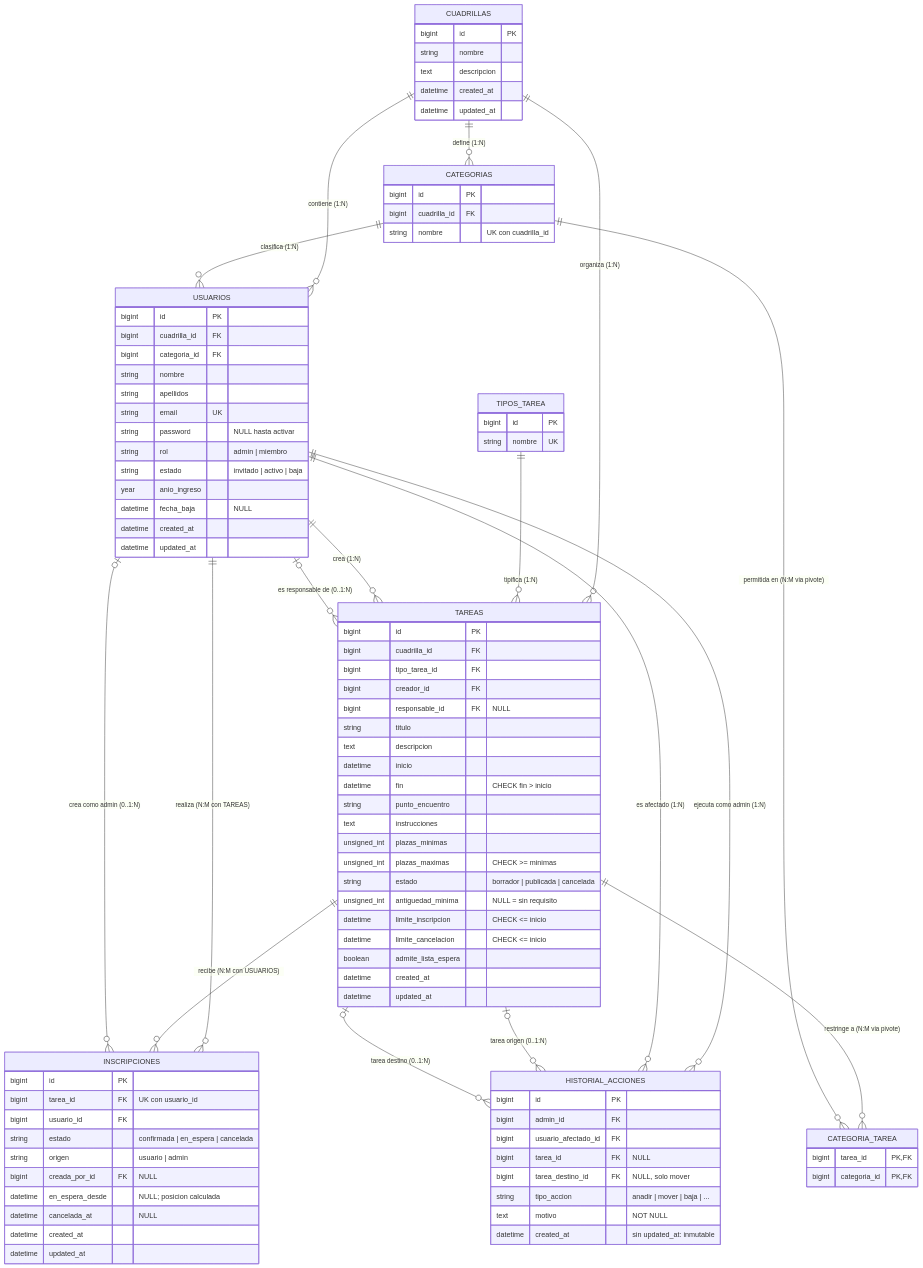
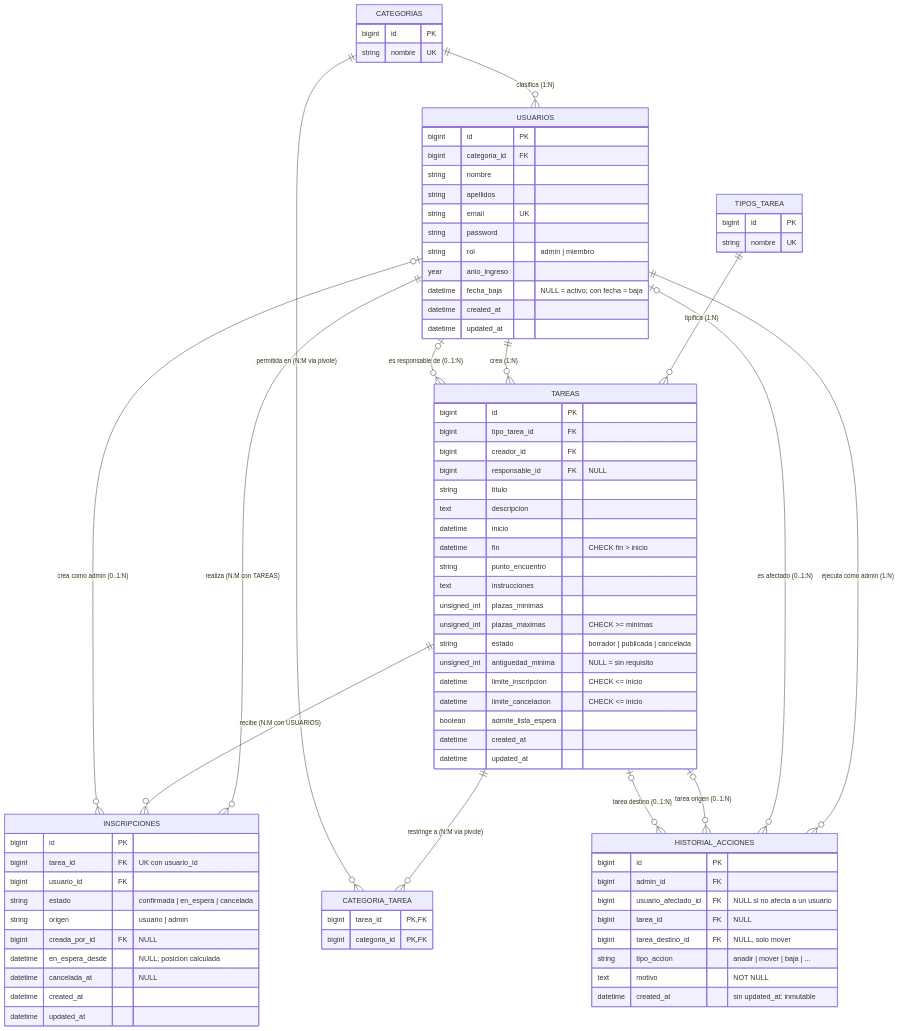
The diagram in docs/modelo-entidad-relacion.md (ZereginApp/zereginapp), drawn with Mermaid before and after one commit.

Commit message:
docs(modelo-er): cambios de la revisión (sin cuadrillas, sin estado de usuario)

````diff
--- a/docs/modelo-entidad-relacion.md
+++ b/docs/modelo-entidad-relacion.md
@@ -5,8 +5,5 @@
 ```mermaid
 erDiagram
-    CUADRILLAS ||--o{ USUARIOS : "contiene (1:N)"
-    CUADRILLAS ||--o{ CATEGORIAS : "define (1:N)"
-    CUADRILLAS ||--o{ TAREAS : "organiza (1:N)"
     CATEGORIAS ||--o{ USUARIOS : "clasifica (1:N)"
     TIPOS_TAREA ||--o{ TAREAS : "tipifica (1:N)"
     TAREAS ||--o{ CATEGORIA_TAREA : "restringe a (N:M via pivote)"
@@ -17,48 +14,33 @@
     USUARIOS |o--o{ TAREAS : "es responsable de (0..1:N)"
     USUARIOS |o--o{ INSCRIPCIONES : "crea como admin (0..1:N)"
     USUARIOS ||--o{ HISTORIAL_ACCIONES : "ejecuta como admin (1:N)"
-    USUARIOS ||--o{ HISTORIAL_ACCIONES : "es afectado (1:N)"
+    USUARIOS |o--o{ HISTORIAL_ACCIONES : "es afectado (0..1:N)"
     TAREAS |o--o{ HISTORIAL_ACCIONES : "tarea origen (0..1:N)"
     TAREAS |o--o{ HISTORIAL_ACCIONES : "tarea destino (0..1:N)"
 
-    CUADRILLAS {
-        bigint id PK
-        string nombre
-        text descripcion
-        datetime created_at
-        datetime updated_at
-    }
-
     CATEGORIAS {
         bigint id PK
-        bigint cuadrilla_id FK
-        string nombre "UK con cuadrilla_id"
+        string nombre UK
     }
-
     USUARIOS {
         bigint id PK
-        bigint cuadrilla_id FK
         bigint categoria_id FK
         string nombre
         string apellidos
         string email UK
-        string password "NULL hasta activar"
+        string password
         string rol "admin | miembro"
-        string estado "invitado | activo | baja"
         year anio_ingreso
-        datetime fecha_baja "NULL"
+        datetime fecha_baja "NULL = activo; con fecha = baja"
         datetime created_at
         datetime updated_at
     }
-
     TIPOS_TAREA {
         bigint id PK
         string nombre UK
     }
-
     TAREAS {
         bigint id PK
-        bigint cuadrilla_id FK
         bigint tipo_tarea_id FK
         bigint creador_id FK
         bigint responsable_id FK "NULL"
@@ -78,12 +60,10 @@
         datetime created_at
         datetime updated_at
     }
-
     CATEGORIA_TAREA {
         bigint tarea_id PK, FK
         bigint categoria_id PK, FK
     }
-
     INSCRIPCIONES {
         bigint id PK
         bigint tarea_id FK "UK con usuario_id"
@@ -96,11 +76,10 @@
         datetime created_at
         datetime updated_at
     }
-
     HISTORIAL_ACCIONES {
         bigint id PK
         bigint admin_id FK
-        bigint usuario_afectado_id FK
+        bigint usuario_afectado_id FK "NULL si no afecta a un usuario"
         bigint tarea_id FK "NULL"
         bigint tarea_destino_id FK "NULL, solo mover"
         string tipo_accion "anadir | mover | baja | ..."
````
